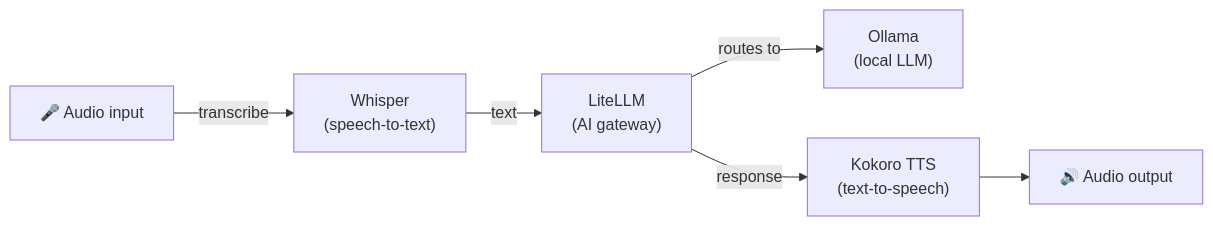
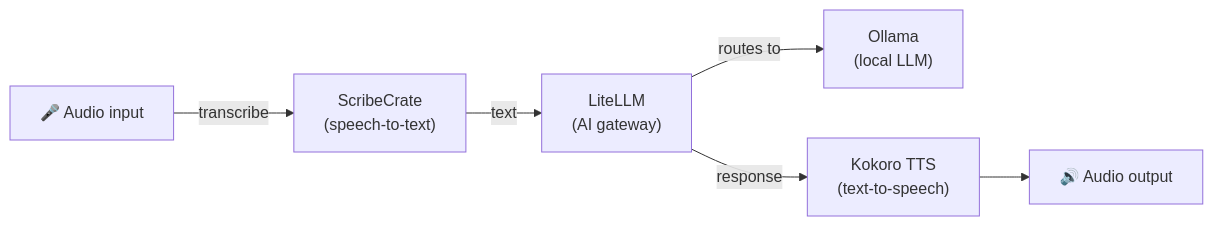
Before and after one commit to hwdsl2/self-hosted-ai-stack: the diagram in stacks/voice-pipeline/README.md, drawn with Mermaid. The commit also changed other lines of this file and 19 other files, not shown here.

````diff
--- a/stacks/voice-pipeline/README.md
+++ b/stacks/voice-pipeline/README.md
@@ -17,8 +17,8 @@
 ```mermaid
 graph LR
-    A["🎤 Audio input"] -->|transcribe| W["Whisper<br/>(speech-to-text)"]
+    A["🎤 Audio input"] -->|transcribe| W["ScribeCrate<br/>(speech-to-text)"]
     W -->|text| L["LiteLLM<br/>(AI gateway)"]
     L -->|routes to| O["Ollama<br/>(local LLM)"]
     L -->|response| T["Kokoro TTS<br/>(text-to-speech)"]
     T --> B["🔊 Audio output"]
 ```
````
